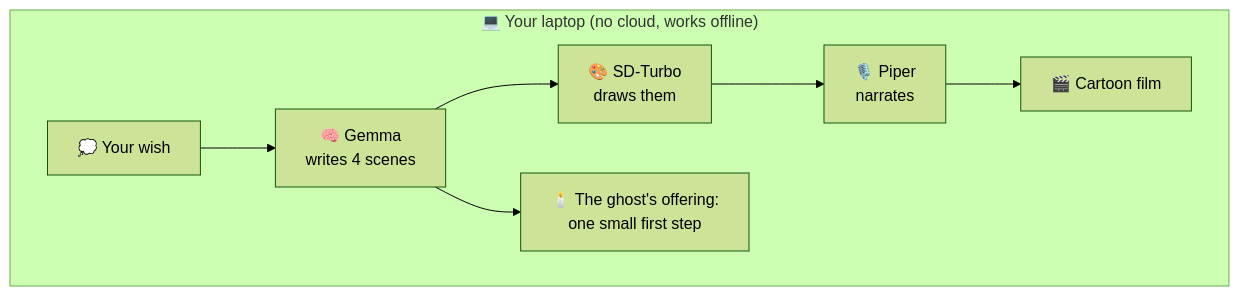
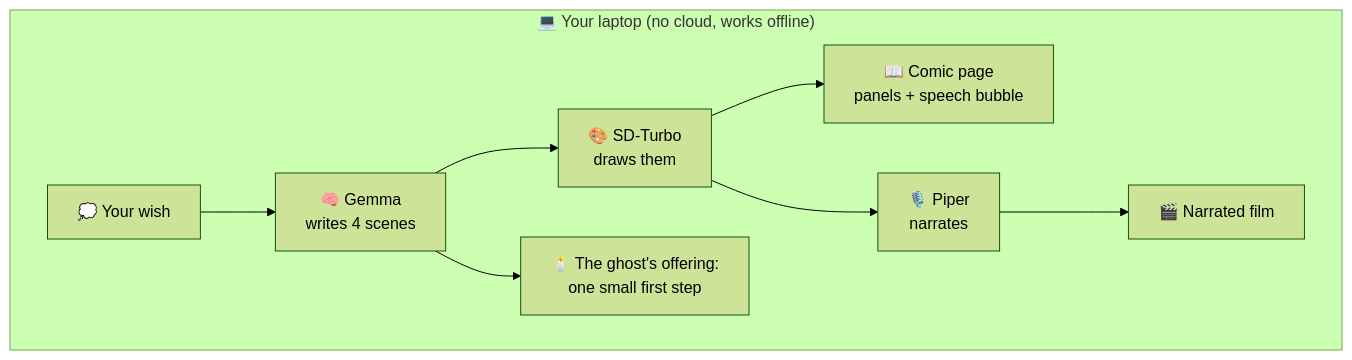
The diagram in README.md (Ankita562/ofrenda-of-maybe), drawn with Mermaid (forest theme) before and after one commit. The commit also changed other lines of this file, not shown here.

First line of the commit message:
README: comic page, demo link, screenshots

````diff
--- a/README.md
+++ b/README.md
@@ -11,11 +15,12 @@
 ```mermaid
 flowchart LR
     subgraph L["💻 Your laptop (no cloud, works offline)"]
         direction LR
         A["💭 Your wish"] --> B["🧠 Gemma<br/>writes 4 scenes"]
         B --> C["🎨 SD-Turbo<br/>draws them"]
+        C --> G["📖 Comic page<br/>panels + speech bubble"]
         C --> D["🎙️ Piper<br/>narrates"]
-        D --> E["🎬 Cartoon film"]
+        D --> E["🎬 Narrated film"]
         B --> F["🕯️ The ghost's offering:<br/>one small first step"]
     end
 ```
````
